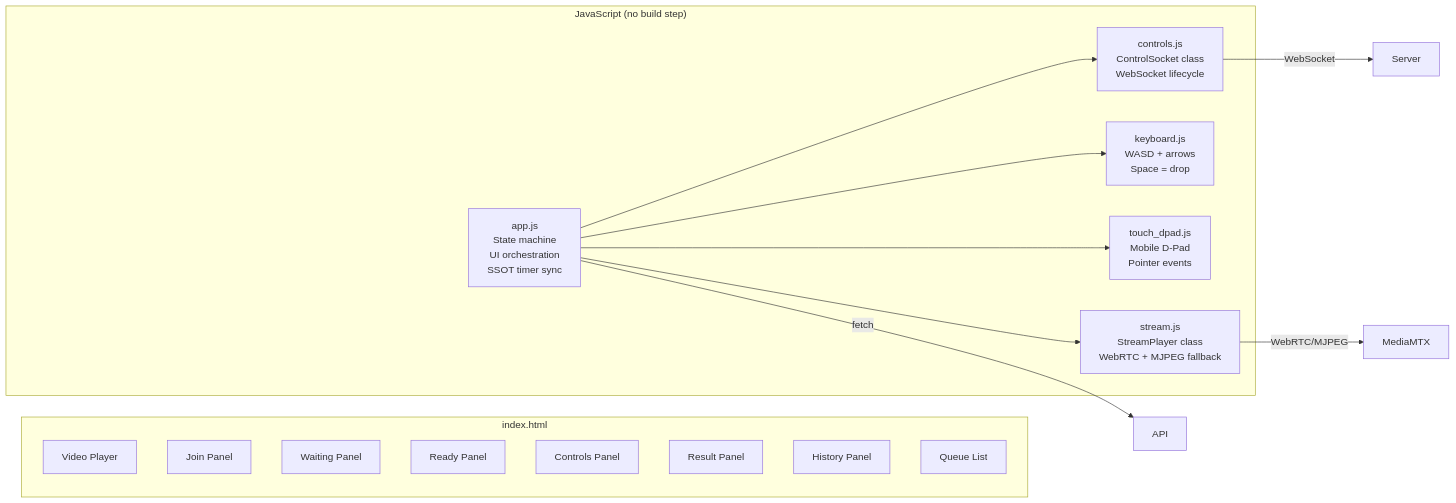
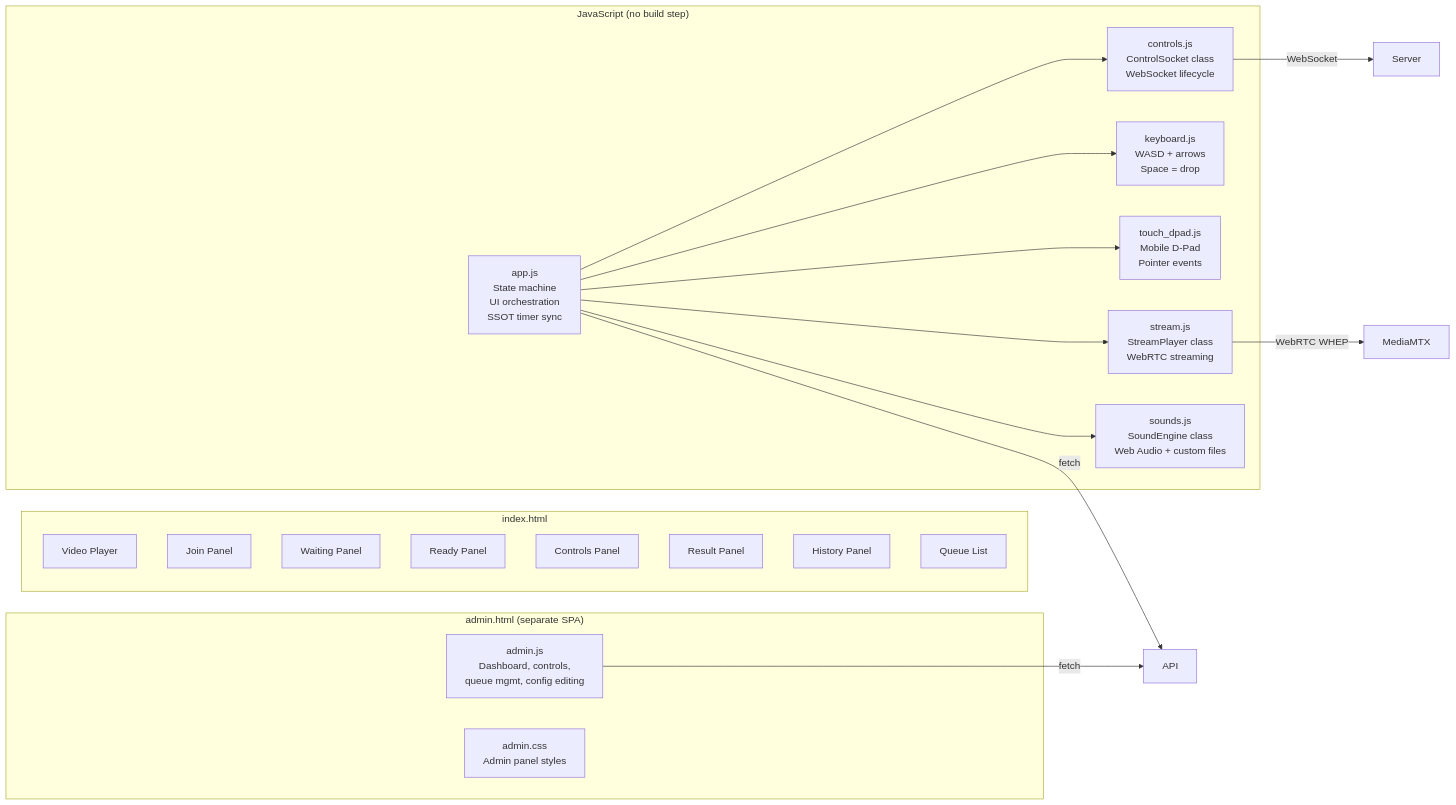
Diagram 12 of 12 in docs/queue-flow.md (morroware/ECLAW), drawn with Mermaid before and after one commit. The commit also changed other lines of this file and 2 other files, not shown here.

````diff
--- a/docs/queue-flow.md
+++ b/docs/queue-flow.md
@@ -845,29 +859,37 @@
 ```mermaid
 flowchart LR
     subgraph HTML["index.html"]
         VP[Video Player]
         JP[Join Panel]
         WP[Waiting Panel]
         RP[Ready Panel]
         CP[Controls Panel]
         RSP[Result Panel]
         HP[History Panel]
         QL[Queue List]
     end
 
     subgraph JS["JavaScript (no build step)"]
         APP["app.js<br/>State machine<br/>UI orchestration<br/>SSOT timer sync"]
         CTRL["controls.js<br/>ControlSocket class<br/>WebSocket lifecycle"]
         KB["keyboard.js<br/>WASD + arrows<br/>Space = drop"]
         TP["touch_dpad.js<br/>Mobile D-Pad<br/>Pointer events"]
-        STR["stream.js<br/>StreamPlayer class<br/>WebRTC + MJPEG fallback"]
+        STR["stream.js<br/>StreamPlayer class<br/>WebRTC streaming"]
+        SFX["sounds.js<br/>SoundEngine class<br/>Web Audio + custom files"]
+    end
+
+    subgraph AdminUI["admin.html (separate SPA)"]
+        ADJ["admin.js<br/>Dashboard, controls,<br/>queue mgmt, config editing"]
+        ADC["admin.css<br/>Admin panel styles"]
     end
 
     APP --> CTRL
     APP --> KB
     APP --> TP
     APP --> STR
+    APP --> SFX
     CTRL -->|WebSocket| Server
-    STR -->|WebRTC/MJPEG| MediaMTX
+    STR -->|WebRTC WHEP| MediaMTX
     APP -->|fetch| API
+    ADJ -->|fetch| API
 ```
````
